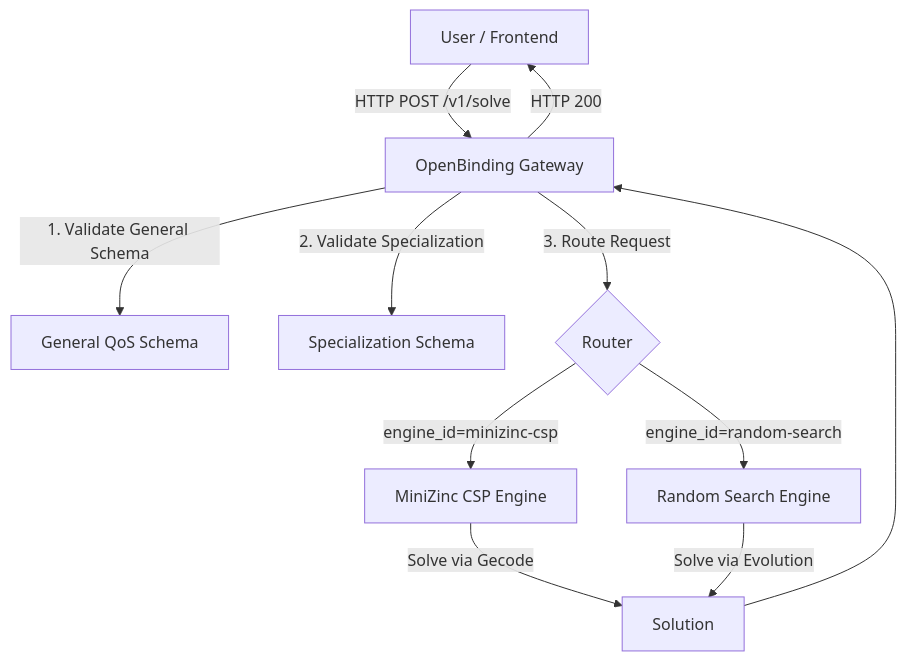
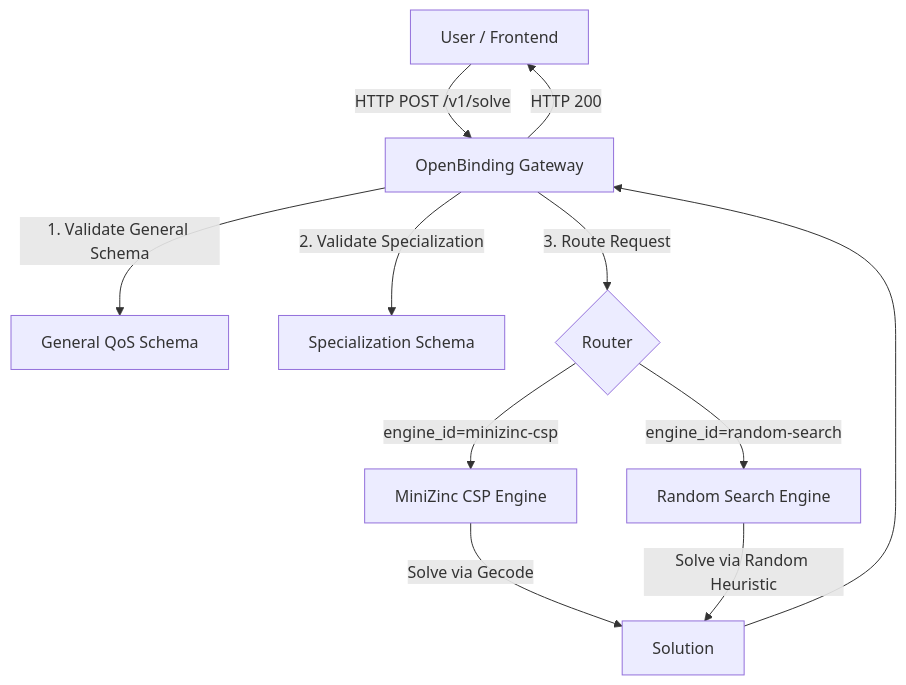
Before and after one commit to isa-group/OpenBinding: the diagram in README.md, drawn with Mermaid. The commit also changed other lines of this file, not shown here.

````diff
--- a/README.md
+++ b/README.md
@@ -7,16 +7,16 @@
 ```mermaid
 graph TD
     User[User / Frontend] -->|HTTP POST /v1/solve| Gateway[OpenBinding Gateway]
     Gateway -->|1. Validate General Schema| Schema[General QoS Schema]
     Gateway -->|2. Validate Specialization| Spec[Specialization Schema]
     Gateway -->|3. Route Request| Router{Router}
     
     Router -->|engine_id=minizinc-csp| MZ[MiniZinc CSP Engine]
     Router -->|engine_id=random-search| RS[Random Search Engine]
     
     MZ -->|Solve via Gecode| Solution
-    RS -->|Solve via Evolution| Solution
+    RS -->|Solve via Random Heuristic| Solution
     
     Solution --> Gateway
     Gateway -->|HTTP 200| User
 ```
````
